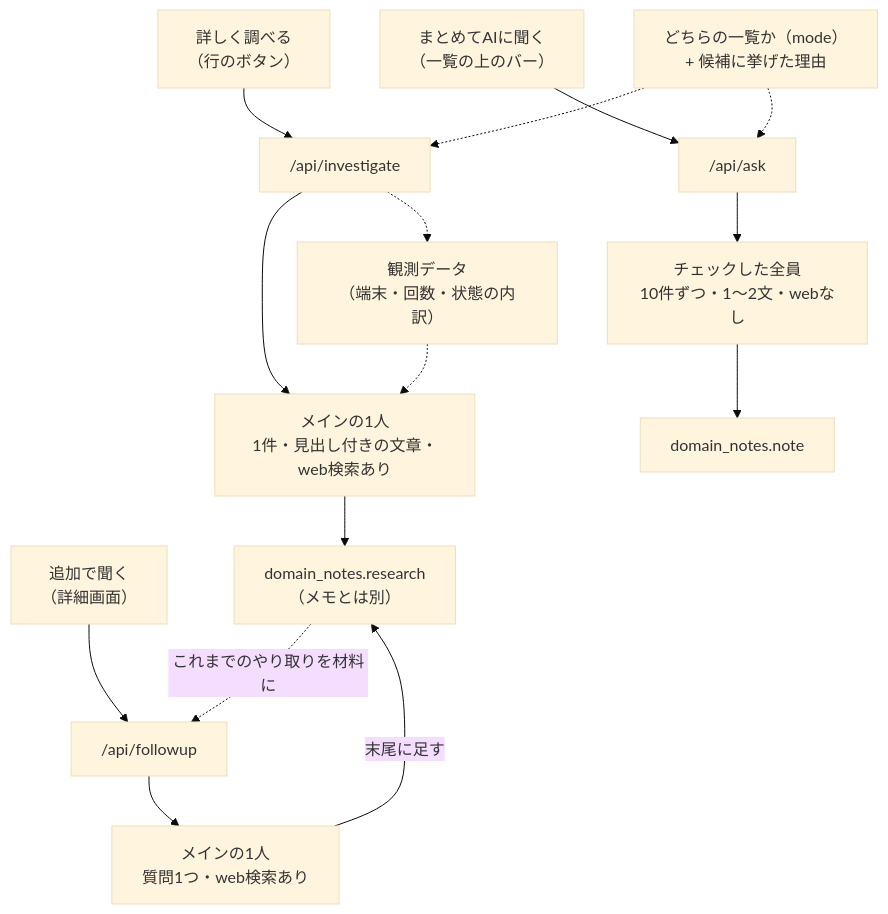
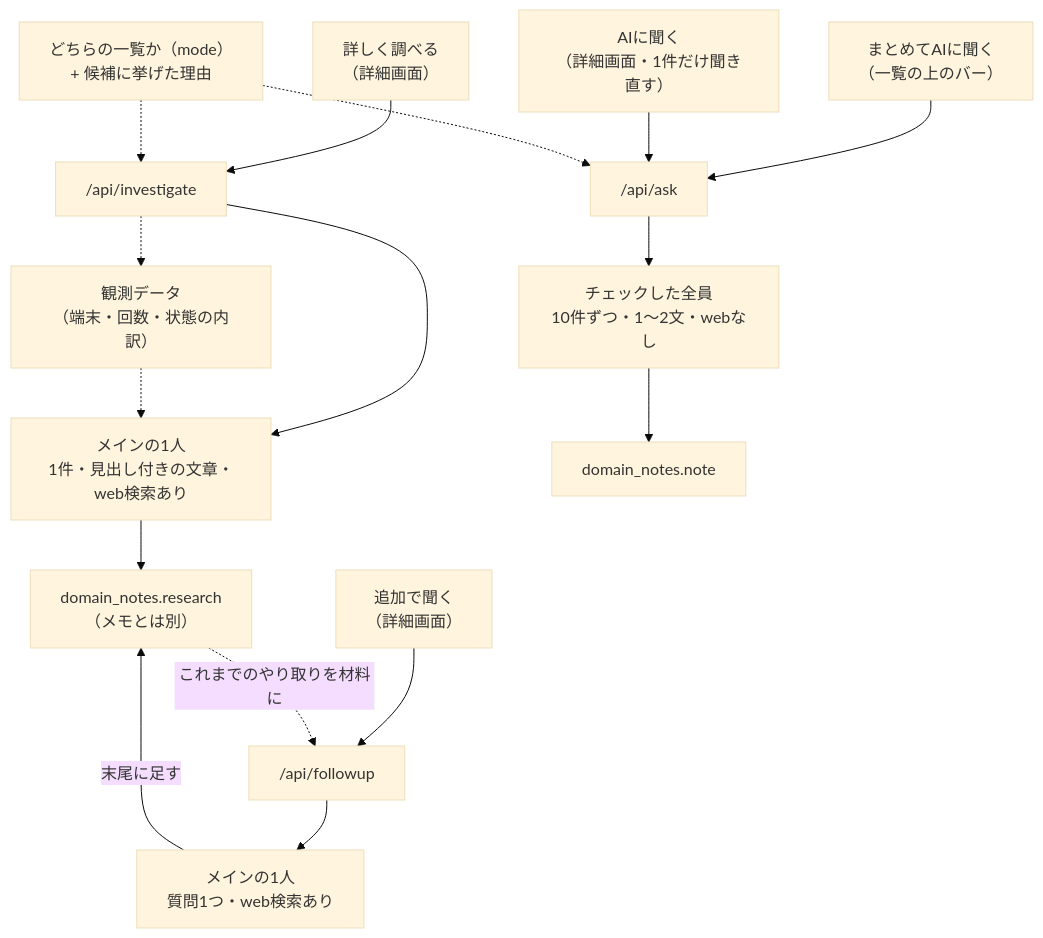
The fourth of 6 diagrams in docs/architecture.md (rtcode337/pihole-monitor), drawn with Mermaid (base theme) before and after one commit. The commit also changed other lines of this file and 7 other files, not shown here.

````diff
--- a/docs/architecture.md
+++ b/docs/architecture.md
@@ -195,22 +195,23 @@
 ```mermaid
 flowchart TB
     B1["まとめてAIに聞く<br/>（一覧の上のバー）"] --> ASK["/api/ask"]
-    B2["詳しく調べる<br/>（行のボタン）"] --> INV["/api/investigate"]
+    B0["AIに聞く<br/>（詳細画面・1件だけ聞き直す）"] --> ASK
+    B2["詳しく調べる<br/>（詳細画面）"] --> INV["/api/investigate"]
 
     ASK --> ALL["チェックした全員<br/>10件ずつ・1〜2文・webなし"]
     INV --> ONE["メインの1人<br/>1件・見出し付きの文章・web検索あり"]
 
     MODE["どちらの一覧か（mode）<br/>+ 候補に挙げた理由"] -.-> ASK
     MODE -.-> INV
 
     INV -.-> PROF["観測データ<br/>（端末・回数・状態の内訳）"]
     PROF -.-> ONE
 
     ALL --> NOTE["domain_notes.note"]
     ONE --> RES["domain_notes.research<br/>（メモとは別）"]
 
     B3["追加で聞く<br/>（詳細画面）"] --> FU["/api/followup"]
     RES -.->|これまでのやり取りを材料に| FU
     FU --> ONE2["メインの1人<br/>質問1つ・web検索あり"]
     ONE2 -->|末尾に足す| RES
 ```
````
